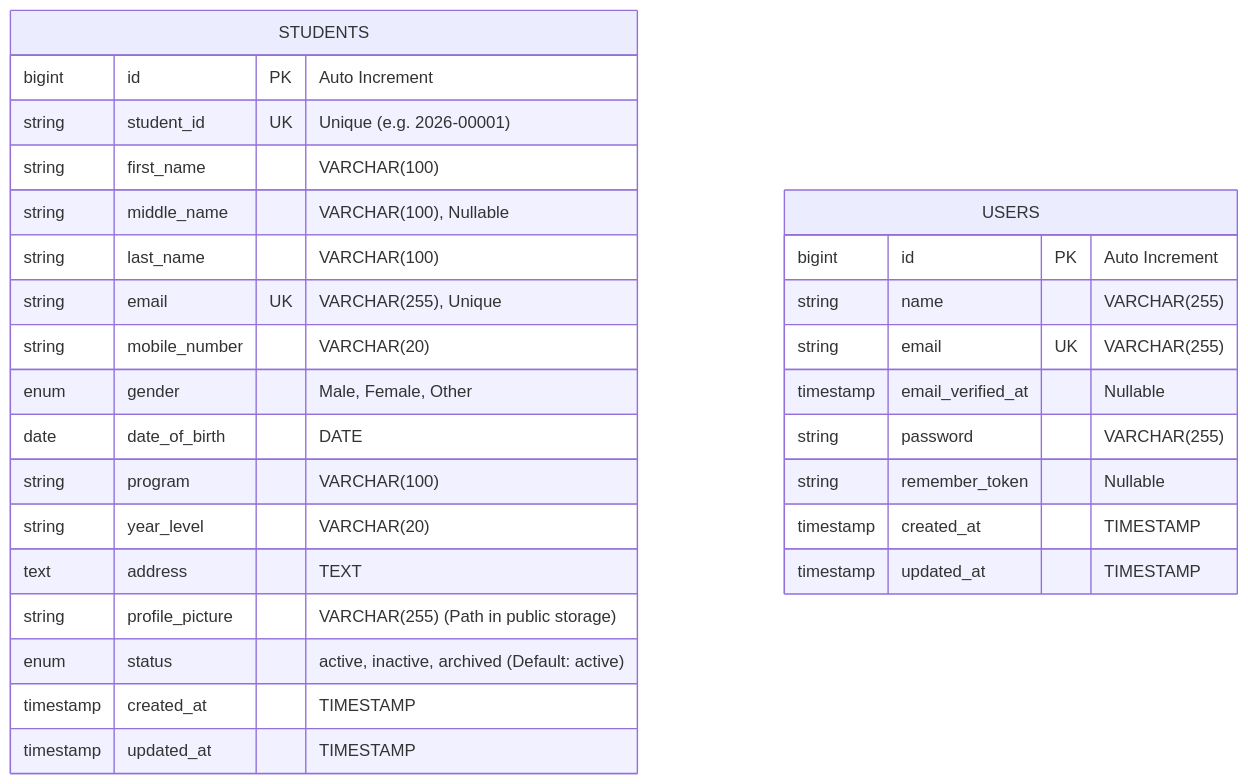
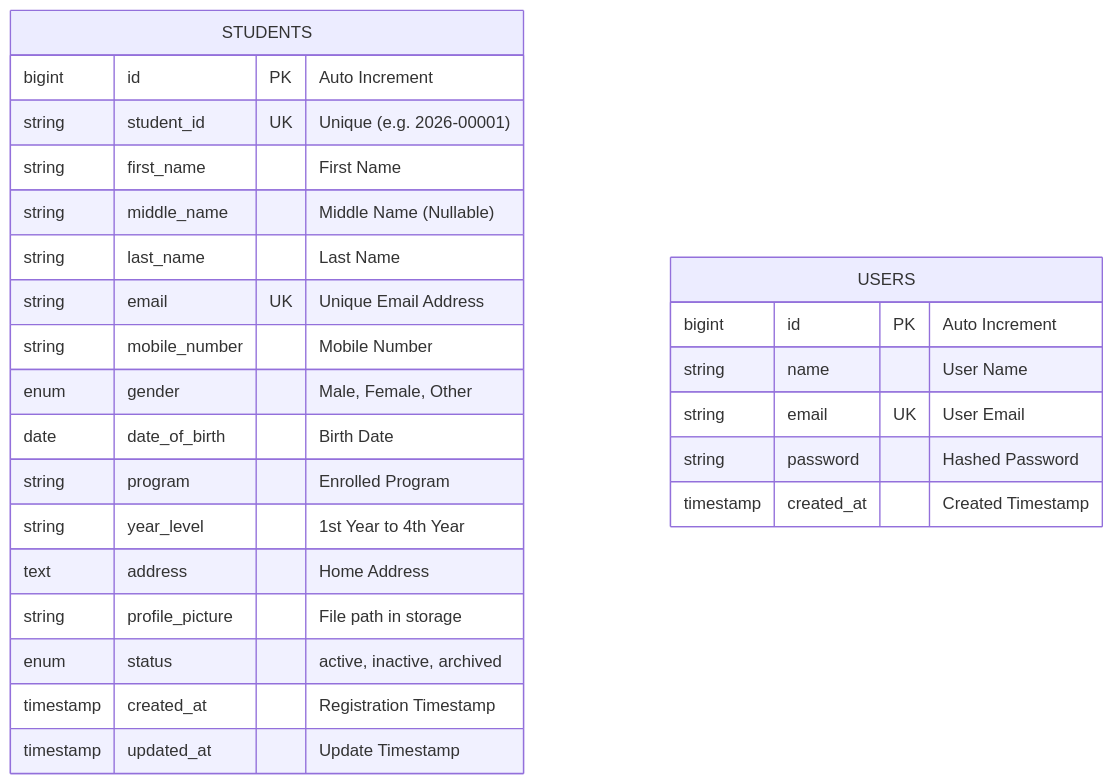
The second of 3 diagrams in README.md (ejrdeleon/week04-student-registration), drawn with Mermaid before and after one commit. The commit also changed other lines of this file and 2 other files, not shown here.

````diff
--- a/README.md
+++ b/README.md
@@ -125,32 +123,29 @@
 ```mermaid
 erDiagram
     STUDENTS {
         bigint id PK "Auto Increment"
         string student_id UK "Unique (e.g. 2026-00001)"
-        string first_name "VARCHAR(100)"
-        string middle_name "VARCHAR(100), Nullable"
-        string last_name "VARCHAR(100)"
-        string email UK "VARCHAR(255), Unique"
-        string mobile_number "VARCHAR(20)"
+        string first_name "First Name"
+        string middle_name "Middle Name (Nullable)"
+        string last_name "Last Name"
+        string email UK "Unique Email Address"
+        string mobile_number "Mobile Number"
         enum gender "Male, Female, Other"
-        date date_of_birth "DATE"
-        string program "VARCHAR(100)"
-        string year_level "VARCHAR(20)"
-        text address "TEXT"
-        string profile_picture "VARCHAR(255) (Path in public storage)"
-        enum status "active, inactive, archived (Default: active)"
-        timestamp created_at "TIMESTAMP"
-        timestamp updated_at "TIMESTAMP"
+        date date_of_birth "Birth Date"
+        string program "Enrolled Program"
+        string year_level "1st Year to 4th Year"
+        text address "Home Address"
+        string profile_picture "File path in storage"
+        enum status "active, inactive, archived"
+        timestamp created_at "Registration Timestamp"
+        timestamp updated_at "Update Timestamp"
     }
 
     USERS {
         bigint id PK "Auto Increment"
-        string name "VARCHAR(255)"
-        string email UK "VARCHAR(255)"
-        timestamp email_verified_at "Nullable"
-        string password "VARCHAR(255)"
-        string remember_token "Nullable"
-        timestamp created_at "TIMESTAMP"
-        timestamp updated_at "TIMESTAMP"
+        string name "User Name"
+        string email UK "User Email"
+        string password "Hashed Password"
+        timestamp created_at "Created Timestamp"
     }
 ```
````
